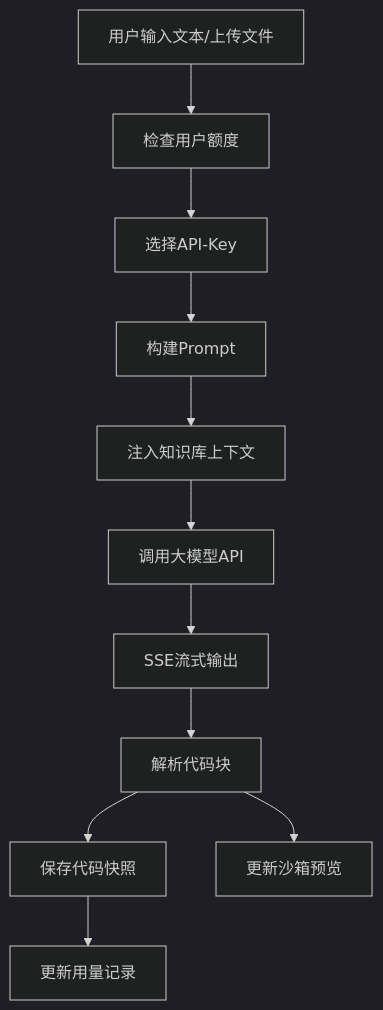
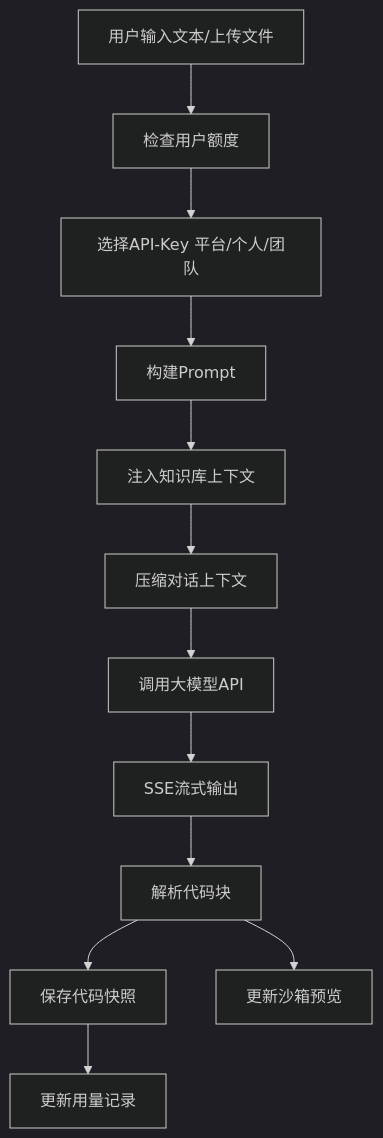
The third of 3 diagrams in docs/technical-design.md (dtssv/ai-design), drawn with Mermaid (dark theme) before and after one commit. The commit also changed other lines of this file and 36 other files, not shown here.

````diff
--- a/docs/technical-design.md
+++ b/docs/technical-design.md
@@ -1231,13 +989,14 @@
 ```mermaid
 graph TB
     UserInput[用户输入文本/上传文件] --> CheckQuota[检查用户额度]
-    CheckQuota --> SelectKey[选择API-Key]
+    CheckQuota --> SelectKey[选择API-Key 平台/个人/团队]
     SelectKey --> BuildPrompt[构建Prompt]
     BuildPrompt --> InjectKnowledge[注入知识库上下文]
-    InjectKnowledge --> CallModel[调用大模型API]
+    InjectKnowledge --> CompressContext[压缩对话上下文]
+    CompressContext --> CallModel[调用大模型API]
     CallModel --> StreamOutput[SSE流式输出]
     StreamOutput --> ParseCode[解析代码块]
     ParseCode --> SaveSnapshot[保存代码快照]
     ParseCode --> UpdatePreview[更新沙箱预览]
     SaveSnapshot --> UpdateUsage[更新用量记录]
 ```
````
